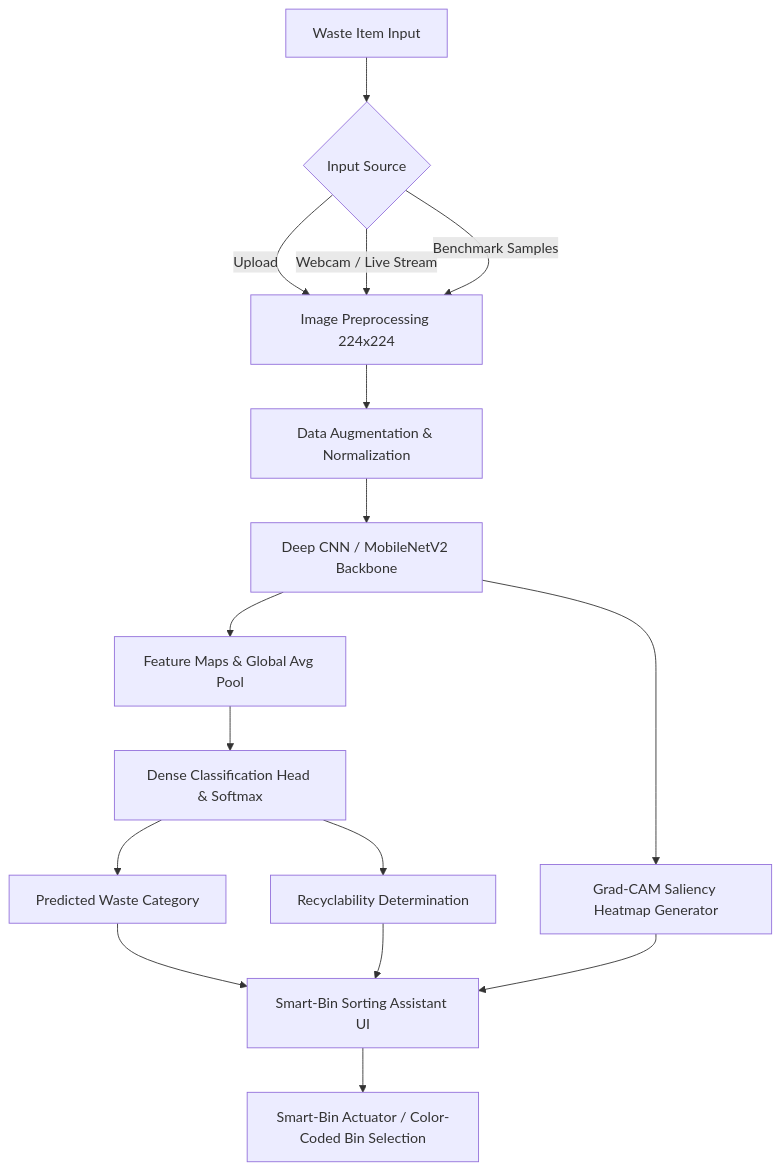
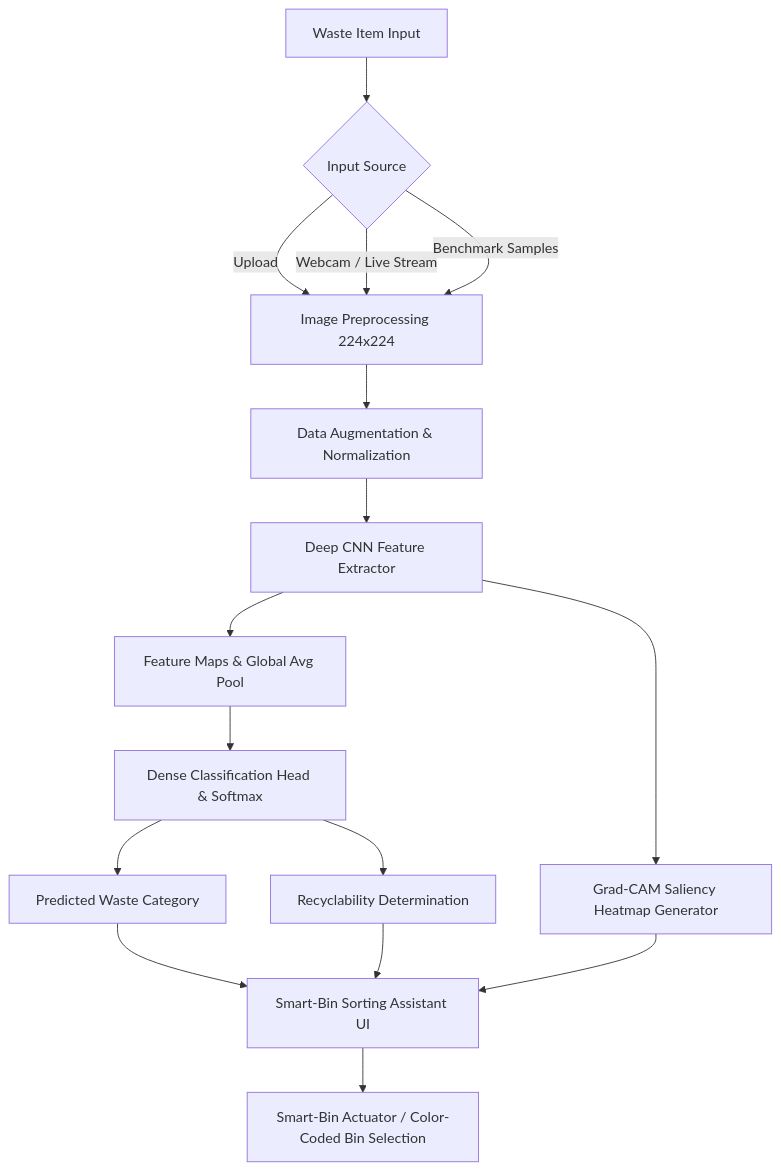
One commit to Durga-prasad02/waste-segregation-classifier changed the diagram in README.md. Above: the diagram before and after it, drawn with Mermaid. The commit also changed other lines of this file and 11 other files, not shown here.

````diff
--- a/README.md
+++ b/README.md
@@ -32,22 +32,22 @@
 ```mermaid
 flowchart TD
-    A[Waste Item Input] --> B{Input Source}
-    B -->|Upload| C[Image Preprocessing 224x224]
+    A["Waste Item Input"] --> B{"Input Source"}
+    B -->|Upload| C["Image Preprocessing 224x224"]
     B -->|Webcam / Live Stream| C
     B -->|Benchmark Samples| C
     
-    C --> D[Data Augmentation & Normalization]
-    D --> E[Deep CNN / MobileNetV2 Backbone]
+    C --> D["Data Augmentation & Normalization"]
+    D --> E["Deep CNN Feature Extractor"]
     
-    E --> F[Feature Maps & Global Avg Pool]
-    F --> G[Dense Classification Head & Softmax]
+    E --> F["Feature Maps & Global Avg Pool"]
+    F --> G["Dense Classification Head & Softmax"]
     
-    G --> H[Predicted Waste Category]
-    G --> I[Recyclability Determination]
-    E --> J[Grad-CAM Saliency Heatmap Generator]
+    G --> H["Predicted Waste Category"]
+    G --> I["Recyclability Determination"]
+    E --> J["Grad-CAM Saliency Heatmap Generator"]
     
-    H --> K[Smart-Bin Sorting Assistant UI]
+    H --> K["Smart-Bin Sorting Assistant UI"]
     I --> K
     J --> K
-    K --> L[Smart-Bin Actuator / Color-Coded Bin Selection]
+    K --> L["Smart-Bin Actuator / Color-Coded Bin Selection"]
 ```
````
